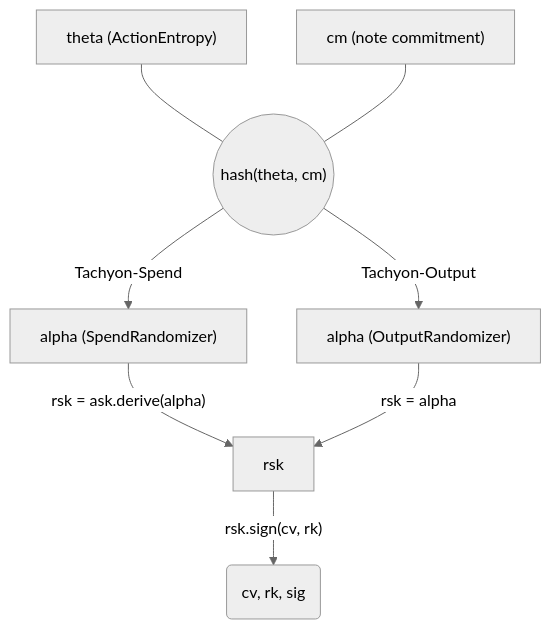
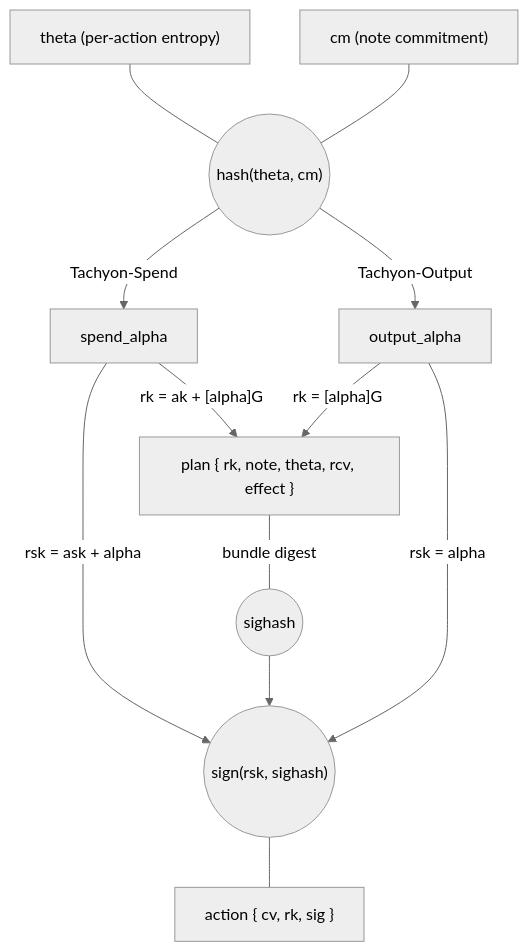
One commit to tachyon-zcash/tachyon changed the first of 2 diagrams in book/src/authorization.md. Above: the diagram before and after it, drawn with Mermaid (neutral theme). The commit also changed other lines of this file and 16 other files, not shown here.

````diff
--- a/book/src/authorization.md
+++ b/book/src/authorization.md
@@ -11,18 +11,24 @@
 ```mermaid
 flowchart TB
-    theta["theta (ActionEntropy)"]
+    theta["theta (per-action entropy)"]
     cm["cm (note commitment)"]
     hash(("hash(theta, cm)"))
 
-    theta & cm --- hash 
-    
-    hash -->|"Tachyon-Spend"| spend_alpha 
+    theta & cm --- hash
+
+    hash -->|"Tachyon-Spend"| spend_alpha
     hash -->|"Tachyon-Output"| output_alpha
 
-    spend_alpha["alpha (SpendRandomizer)"]
-    output_alpha["alpha (OutputRandomizer)"]
+    spend_alpha -->|"rk = ak + [alpha]G"| plan
+    output_alpha -->|"rk = [alpha]G"| plan
 
-    spend_alpha -->|"rsk = ask.derive(alpha)"| rsk
+    plan["plan { rk, note, theta, rcv, effect }"]
+    plan ---|"bundle digest"| sighash((sighash))
 
-    output_alpha -->|"rsk = alpha"| rsk -->|"rsk.sign(cv, rk)"| action(cv, rk, sig)
+    spend_alpha -->|"rsk = ask + alpha"| sign
+    sighash --> sign
+    output_alpha -->|"rsk = alpha"| sign
+
+    sign(("sign(rsk, sighash)"))
+    sign --- action["action { cv, rk, sig }"]
 ```
````
